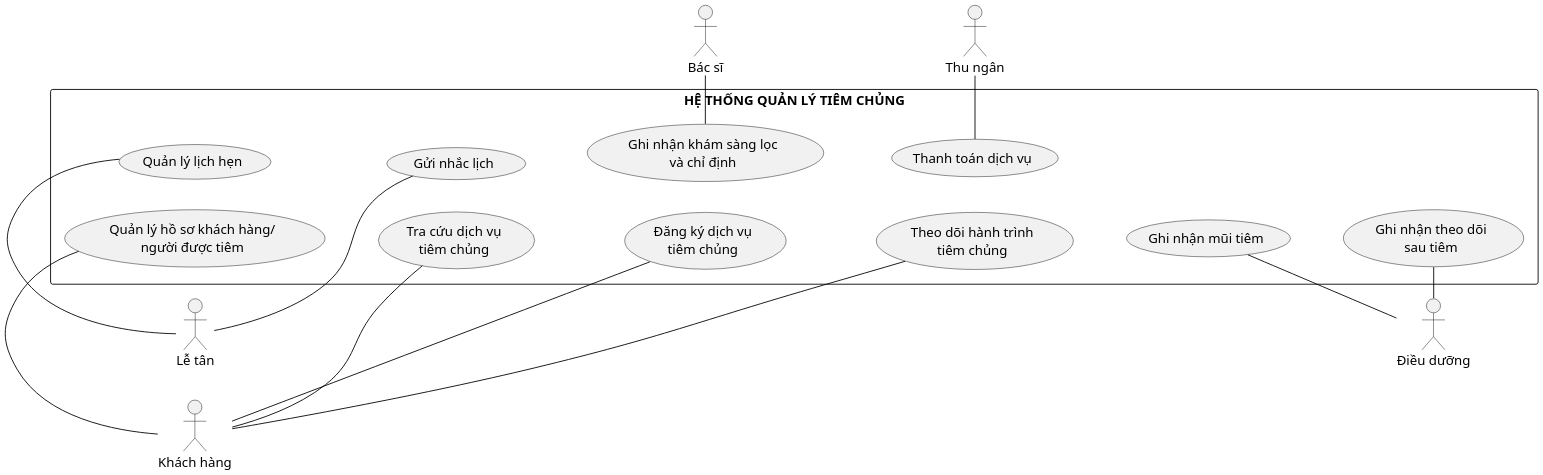
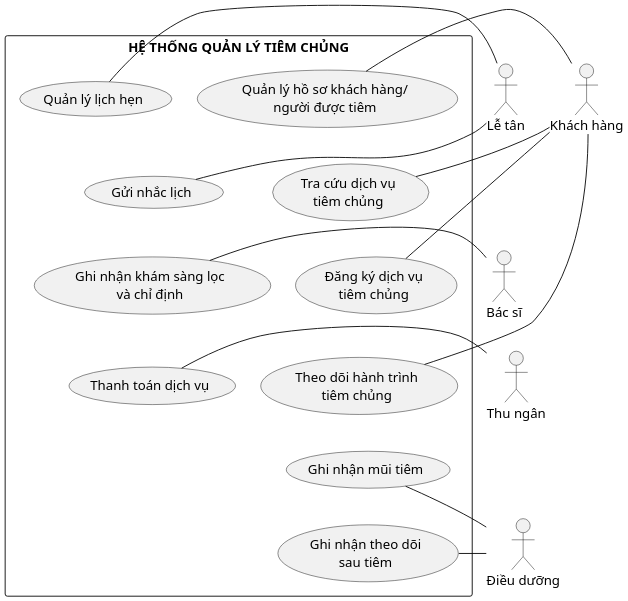
Before and after one commit to datngo1203/KLCN-QuanLyTiemChung: the diagram in docs/thesis/uml/Hinh_2_9_System_Use_Case_Tong_Quan.puml, drawn with PlantUML.

Commit message:
docs(thesis): compact Hinh 2.9 for portrait layout

```diff
--- a/docs/thesis/uml/Hinh_2_9_System_Use_Case_Tong_Quan.puml
+++ b/docs/thesis/uml/Hinh_2_9_System_Use_Case_Tong_Quan.puml
@@ -1,69 +1,74 @@
 @startuml
 ' THESIS-R1 — Hình 2.9 System Use Case summary
 ' Semantic source: SCOPE.md System Use Case semantic lock v3 + presentation lock v1
 ' Summary shows primary/representative actor associations only; detail views carry full coverage.
 skinparam monochrome true
 skinparam shadowing false
 skinparam backgroundColor white
 skinparam defaultFontName "Times New Roman"
 skinparam defaultFontSize 15
 skinparam ArrowColor black
 skinparam ActorBorderColor black
 skinparam UsecaseBorderColor black
 skinparam RectangleBorderColor black
+skinparam nodesep 28
+skinparam ranksep 34
 skinparam dpi 180
 
-left to right direction
+top to bottom direction
 
 actor "Khách hàng" as Customer
 actor "Lễ tân" as Reception
 
 rectangle "HỆ THỐNG QUẢN LÝ TIÊM CHỦNG" as SystemBoundary {
   usecase "Quản lý hồ sơ khách hàng/\nngười được tiêm" as UC09
+  usecase "Quản lý lịch hẹn" as UC12
+
   usecase "Tra cứu dịch vụ\ntiêm chủng" as UC10
+  usecase "Gửi nhắc lịch" as UC13
+
   usecase "Đăng ký dịch vụ\ntiêm chủng" as UC11
+  usecase "Ghi nhận khám sàng lọc\nvà chỉ định" as UC15
+
   usecase "Theo dõi hành trình\ntiêm chủng" as UC19
+  usecase "Thanh toán dịch vụ" as UC16
 
-  usecase "Quản lý lịch hẹn" as UC12
-  usecase "Gửi nhắc lịch" as UC13
-  usecase "Ghi nhận khám sàng lọc\nvà chỉ định" as UC15
-  usecase "Thanh toán dịch vụ" as UC16
   usecase "Ghi nhận mũi tiêm" as UC17
   usecase "Ghi nhận theo dõi\nsau tiêm" as UC18
 
-  ' Two semantic-free layout columns.
+  ' Semantic-free layout constraints: two compact columns.
   UC09 -[hidden]down- UC10
   UC10 -[hidden]down- UC11
   UC11 -[hidden]down- UC19
 
   UC12 -[hidden]down- UC13
   UC13 -[hidden]down- UC15
   UC15 -[hidden]down- UC16
   UC16 -[hidden]down- UC17
   UC17 -[hidden]down- UC18
 
   UC09 -[hidden]right- UC12
   UC10 -[hidden]right- UC13
   UC11 -[hidden]right- UC15
   UC19 -[hidden]right- UC16
 }
 
 actor "Bác sĩ" as Doctor
 actor "Thu ngân" as Cashier
 actor "Điều dưỡng" as Nurse
 
 ' Summary: primary/representative actor associations only.
 Customer -right- UC09
 Customer -right- UC10
 Customer -right- UC11
 Customer -right- UC19
 
 Reception -right- UC12
 Reception -right- UC13
 
 UC15 -right- Doctor
 UC16 -right- Cashier
 UC17 -right- Nurse
 UC18 -right- Nurse
 
 @enduml
```
